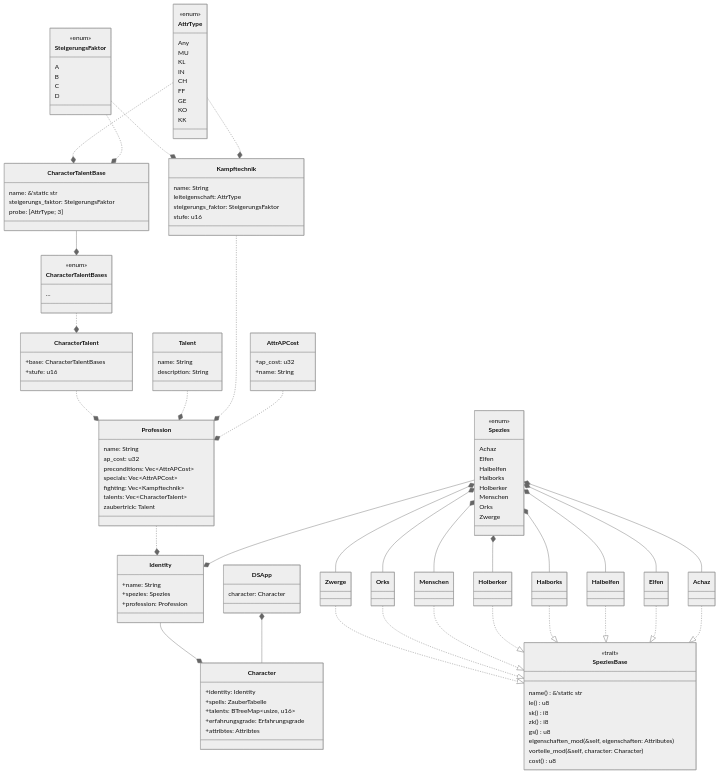
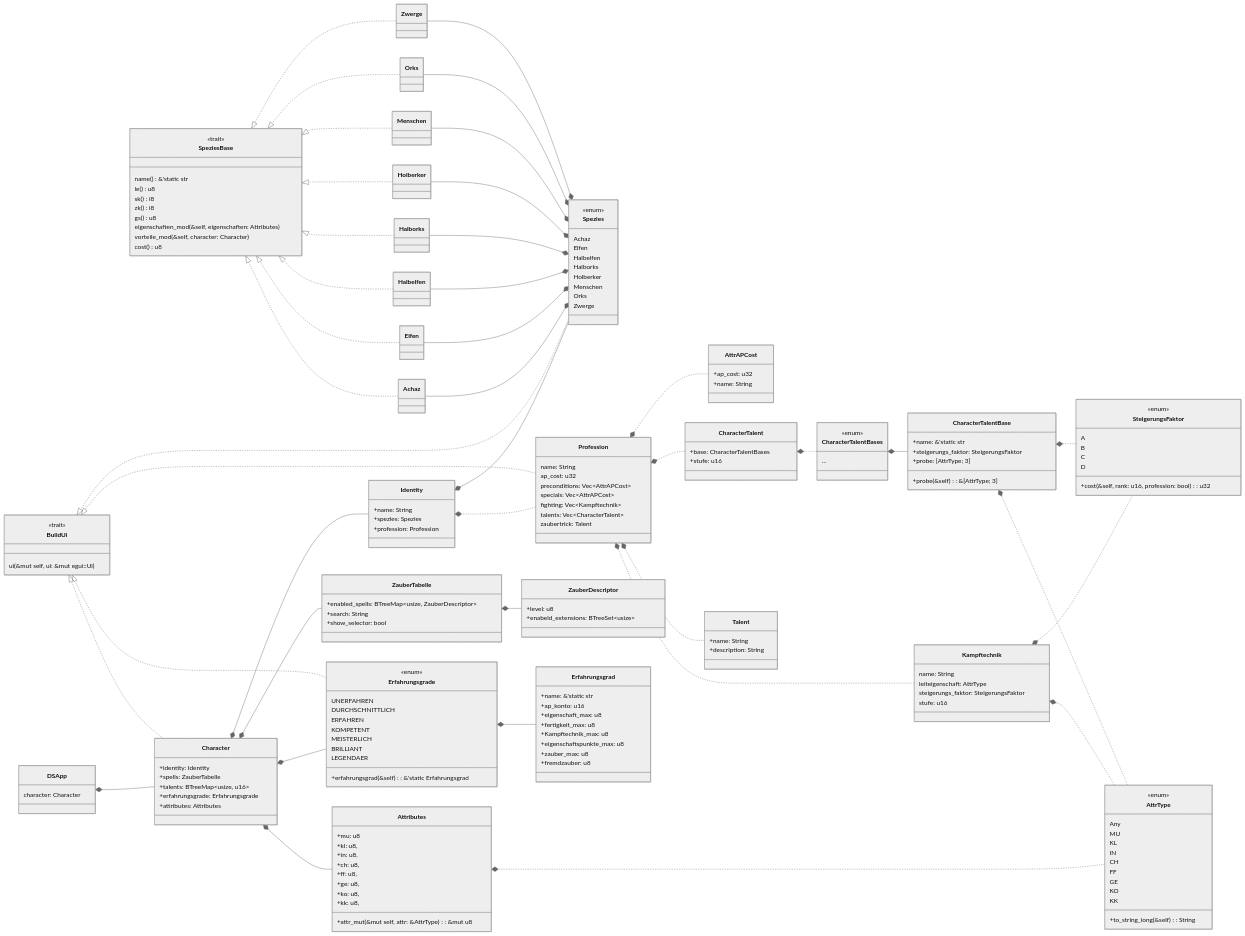
One commit to F3l1XQu1ll/DSApp changed the diagram in README.md. Above: the diagram before and after it, drawn with Mermaid (neutral theme).

Commit message:
Update mermaid diagram

````diff
--- a/README.md
+++ b/README.md
@@ -66,5 +66,6 @@
 ```mermaid
 classDiagram
+direction RL
 
 class DSApp {
     character: Character
@@ -75,9 +76,20 @@
     +spells: ZauberTabelle
     +talents: BTreeMap~usize#44;#32;u16~
     +erfahrungsgrade: Erfahrungsgrade
-    +attribtes: Attribtes
+    +attributes: Attributes
 }
 
+class Attributes {
+    +mu: u8
+    +kl: u8,
+    +in: u8,
+    +ch: u8,
+    +ff: u8,
+    +ge: u8,
+    +ko: u8,
+    +kk: u8,
+    +attr_mut(&mut self, attr: &AttrType): &mut u8
+}
 
 class Identity {
     +name: String
@@ -145,6 +157,7 @@
     GE
     KO
     KK
+    +to_string_long(&self): String
 }
 
 class SteigerungsFaktor {
@@ -153,6 +166,7 @@
     B
     C
     D
+    +cost(&self, rank: u16, profession: bool): u32
 }
 
 class CharacterTalent {
@@ -166,21 +180,72 @@
 }
 
 class CharacterTalentBase {
-    name: &'static str
-    steigerungs_faktor: SteigerungsFaktor
-    probe: [AttrType; 3]
+    +name: &'static str
+    +steigerungs_faktor: SteigerungsFaktor
+    +probe: [AttrType; 3]
+    +probe(&self): &[AttrType; 3]
 }
 
 class Talent {
-    name: String
-    description: String
+    +name: String
+    +description: String
 }
 
-DSApp *-- Character
+class ZauberTabelle {
+    +enabled_spells: BTreeMap~usize#44;&#32ZauberDescriptor~
+    +search: String
+    +show_selector: bool
+}
+
+class ZauberDescriptor {
+    +level: u8
+    +enabeld_extensions: BTreeSet~usize~
+}
+
+class Erfahrungsgrade {
+    <<enum>>
+    UNERFAHREN
+    DURCHSCHNITTLICH
+    ERFAHREN
+    KOMPETENT
+    MEISTERLICH
+    BRILLIANT
+    LEGENDAER
+    +erfahrungsgrad(&self): &'static Erfahrungsgrad
+}
+
+class Erfahrungsgrad {
+    +name: &'static str
+    +ap_konto: u16
+    +eigenschaft_max: u8
+    +fertigkeit_max: u8
+    +Kampftechnik_max: u8
+    +eigenschaftspunkte_max: u8
+    +zauber_max: u8
+    +fremdzauber: u8
+}
+
+class BuildUi {
+    <<trait>>
+    ui(&mut self, ui: &mut egui::Ui)
+}
+
+Character --* DSApp 
+Character ..|> BuildUi
 
 Identity --* Character
+Attributes --* Character
+ZauberTabelle --* Character
+Erfahrungsgrade --* Character
+Erfahrungsgrade ..|> BuildUi
+
+
+Erfahrungsgrad --* Erfahrungsgrade
+
+ZauberDescriptor --* ZauberTabelle
 
 Spezies --* Identity
+Spezies ..|> BuildUi
 
 Achaz ..|> SpeziesBase
 Elfen ..|> SpeziesBase
@@ -201,12 +266,14 @@
 Spezies*--Zwerge
 
 Profession ..* Identity
+Profession ..|> BuildUi
 
 AttrAPCost ..* Profession
 Kampftechnik ..* Profession
 Talent ..* Profession
 CharacterTalent ..* Profession
 
+AttrType ..* Attributes
 AttrType ..* Kampftechnik
 SteigerungsFaktor ..* Kampftechnik
 
````
